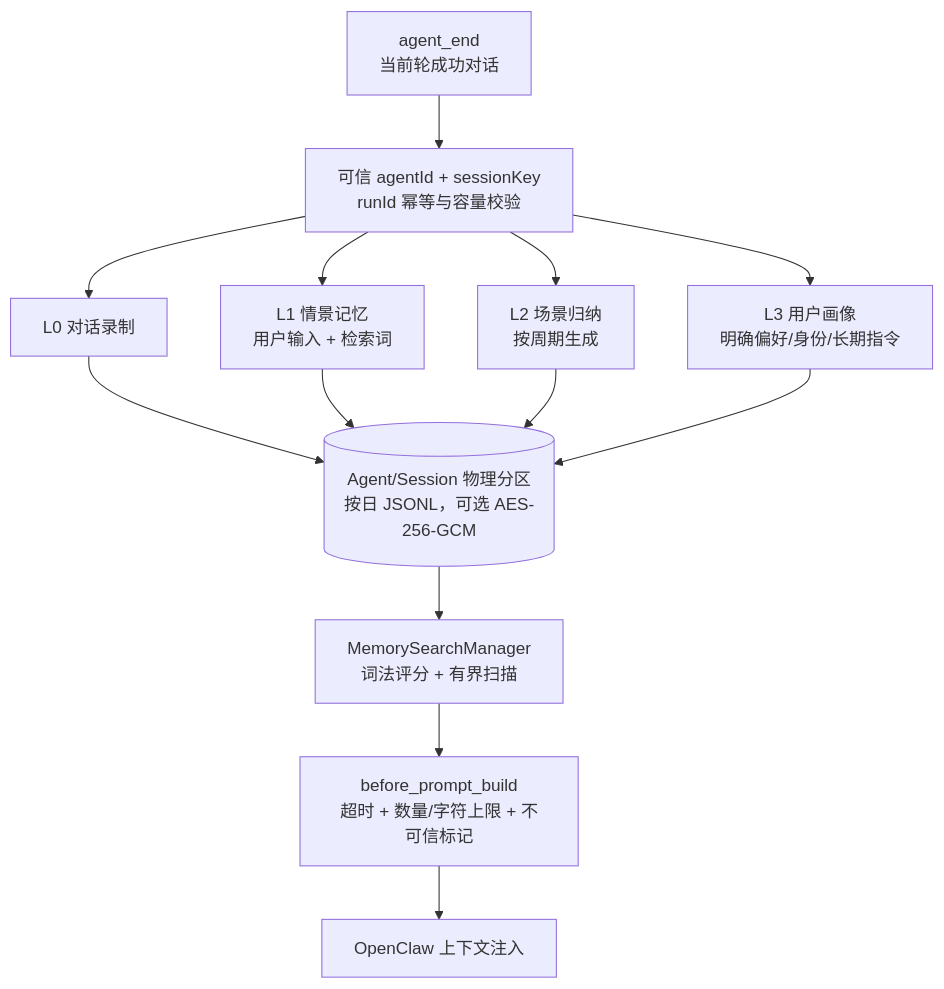
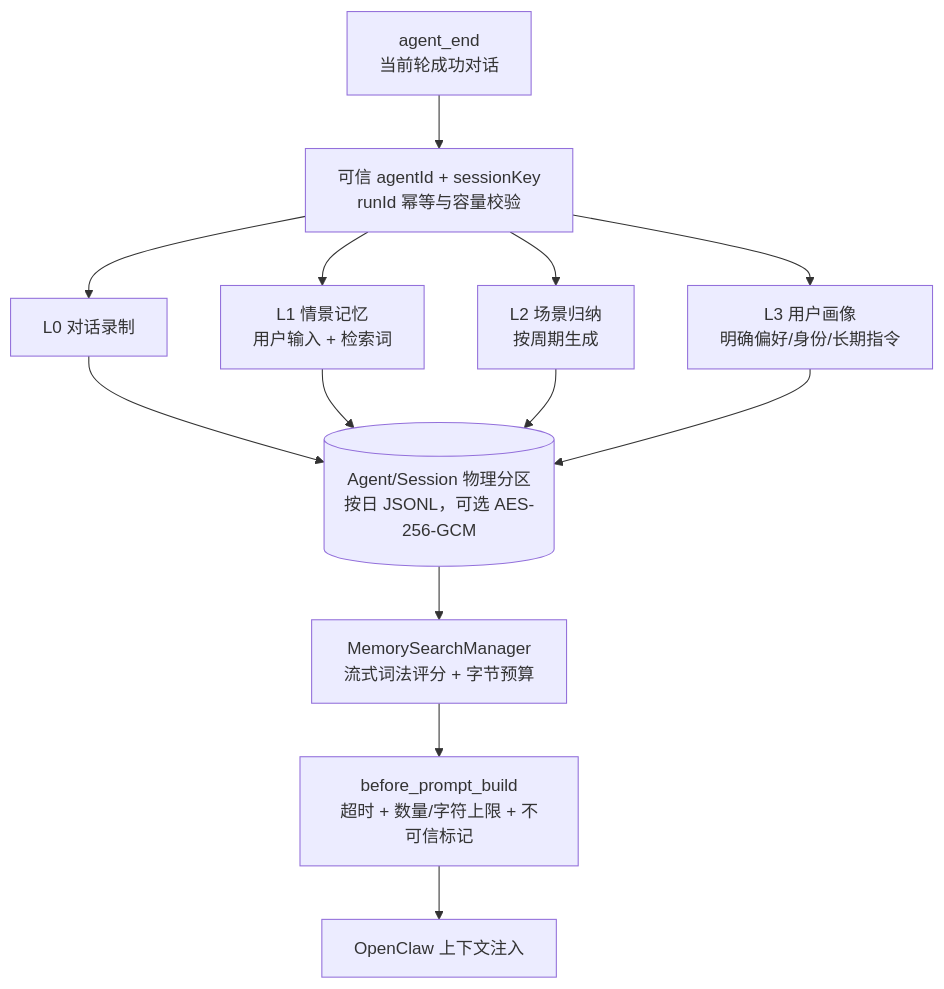
Before and after one commit to partme-ai/openclaw-plugins: the first of 3 diagrams in extensions/memory/README.zh-CN.md, drawn with Mermaid. The commit also changed other lines of this file and 91 other files, not shown here.

````diff
--- a/extensions/memory/README.zh-CN.md
+++ b/extensions/memory/README.zh-CN.md
@@ -21,20 +40,20 @@
 ```mermaid
 flowchart TB
     Turn["agent_end<br/>当前轮成功对话"]
     Guard["可信 agentId + sessionKey<br/>runId 幂等与容量校验"]
     L0["L0 对话录制"]
     L1["L1 情景记忆<br/>用户输入 + 检索词"]
     L2["L2 场景归纳<br/>按周期生成"]
     L3["L3 用户画像<br/>明确偏好/身份/长期指令"]
     Store[("Agent/Session 物理分区<br/>按日 JSONL，可选 AES-256-GCM")]
-    Search["MemorySearchManager<br/>词法评分 + 有界扫描"]
+    Search["MemorySearchManager<br/>流式词法评分 + 字节预算"]
     Recall["before_prompt_build<br/>超时 + 数量/字符上限 + 不可信标记"]
     Context["OpenClaw 上下文注入"]
 
     Turn --> Guard
     Guard --> L0 --> Store
     Guard --> L1 --> Store
     Guard --> L2 --> Store
     Guard --> L3 --> Store
     Store --> Search --> Recall --> Context
 ```
````
